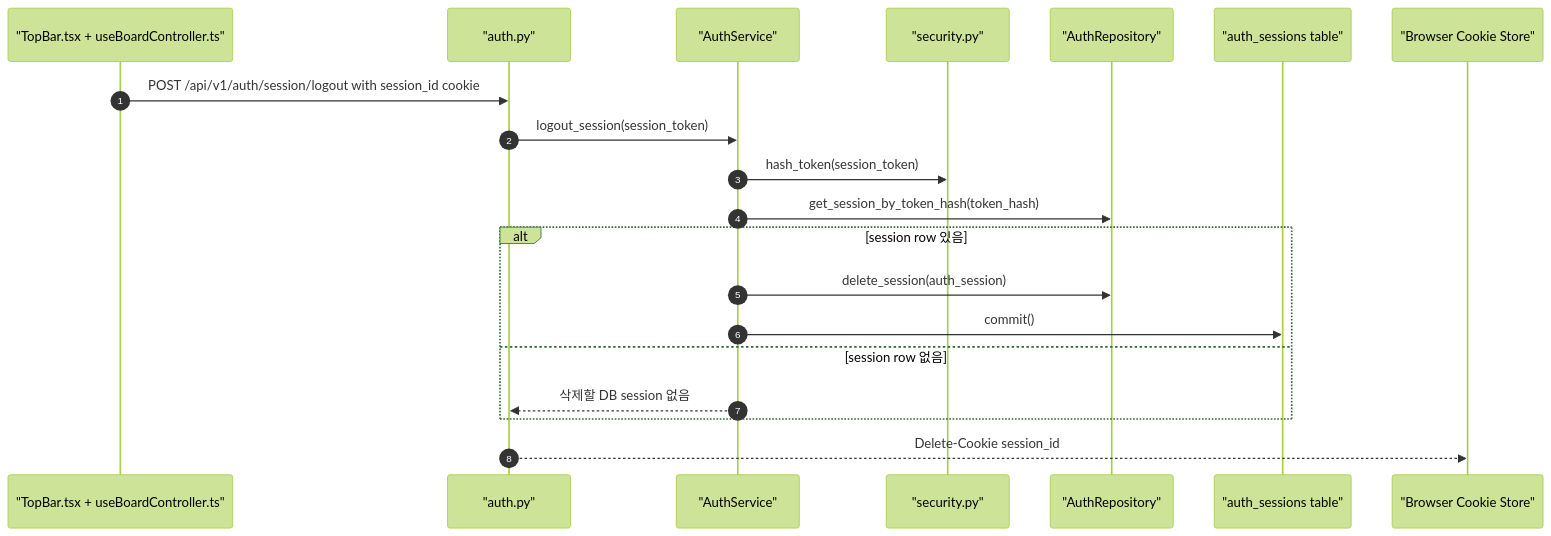
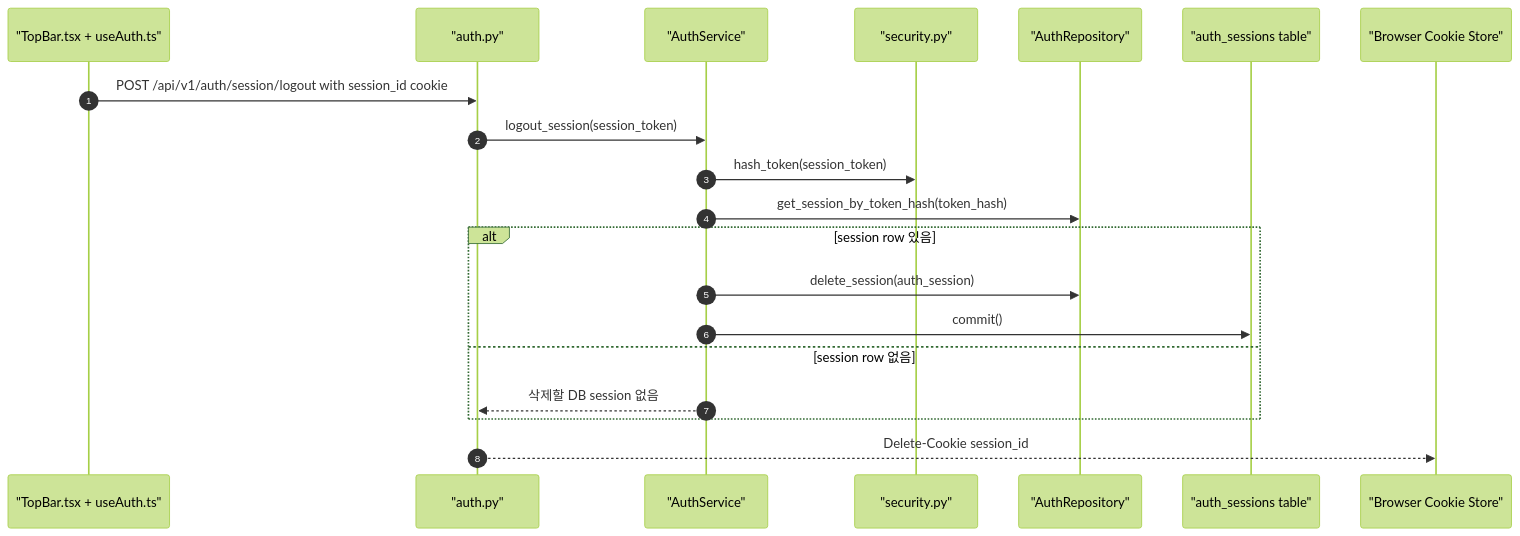
The eighth of 10 diagrams in docs2/sprint-2/implementation-record.md (JUNGLE-TEAM1/W16_team_sprint), drawn with Mermaid (forest theme) before and after one commit. The commit also changed other lines of this file and 7 other files, not shown here.

````diff
--- a/docs2/sprint-2/implementation-record.md
+++ b/docs2/sprint-2/implementation-record.md
@@ -486,23 +526,23 @@
 ```mermaid
 sequenceDiagram
     autonumber
-    participant UI as "TopBar.tsx + useBoardController.ts"
+    participant UI as "TopBar.tsx + useAuth.ts"
     participant AuthAPI as "auth.py"
     participant Service as "AuthService"
     participant Security as "security.py"
     participant AuthRepo as "AuthRepository"
     participant DB as "auth_sessions table"
     participant Browser as "Browser Cookie Store"
 
     UI->>AuthAPI: POST /api/v1/auth/session/logout with session_id cookie
     AuthAPI->>Service: logout_session(session_token)
     Service->>Security: hash_token(session_token)
     Service->>AuthRepo: get_session_by_token_hash(token_hash)
     alt session row 있음
         Service->>AuthRepo: delete_session(auth_session)
         Service->>DB: commit()
     else session row 없음
         Service-->>AuthAPI: 삭제할 DB session 없음
     end
     AuthAPI-->>Browser: Delete-Cookie session_id
 ```
````
